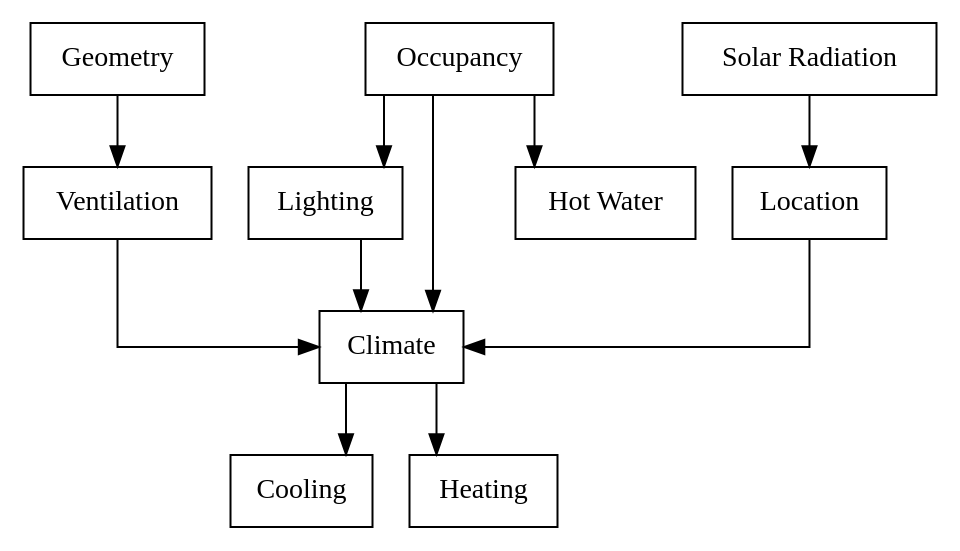
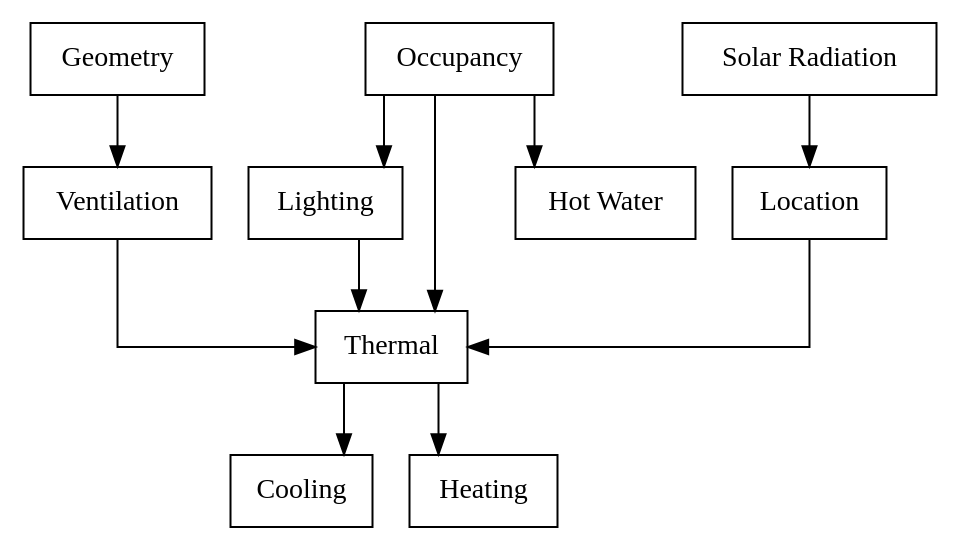
Before and after one commit to OxfordRSE/OpenBES-py: the diagram in simulation_dag.dot, drawn with Graphviz. The commit also changed 52 other files, not shown here.

```diff
--- a/simulation_dag.dot
+++ b/simulation_dag.dot
@@ -1,31 +1,31 @@
 digraph BuildingSimulationDAG {
     rankdir = TB;
     splines = ortho;
     node [shape = box];
 
     Geometry;
     Occupancy;
     Lighting;
     "Solar Radiation";
     Ventilation;
-    Climate;
+    Thermal;
     Cooling;
     Heating;
     "Hot Water";
     Location;
 
 
     Geometry -> Ventilation;
 
     Occupancy -> Lighting;
-    Lighting -> Climate;
-    Ventilation -> Climate;
-    Occupancy -> Climate;
+    Lighting -> Thermal;
+    Ventilation -> Thermal;
+    Occupancy -> Thermal;
     "Solar Radiation" -> Location;
-    Location -> Climate;
+    Location -> Thermal;
 
-    Climate -> Cooling;
-    Climate -> Heating;
+    Thermal -> Cooling;
+    Thermal -> Heating;
 
     Occupancy -> "Hot Water";
 }
```
